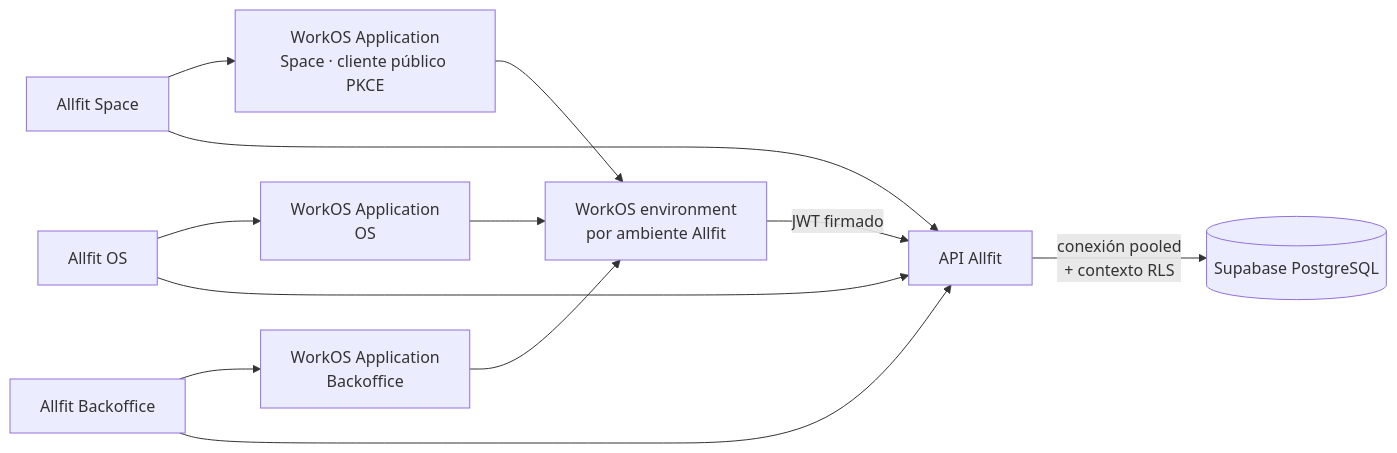
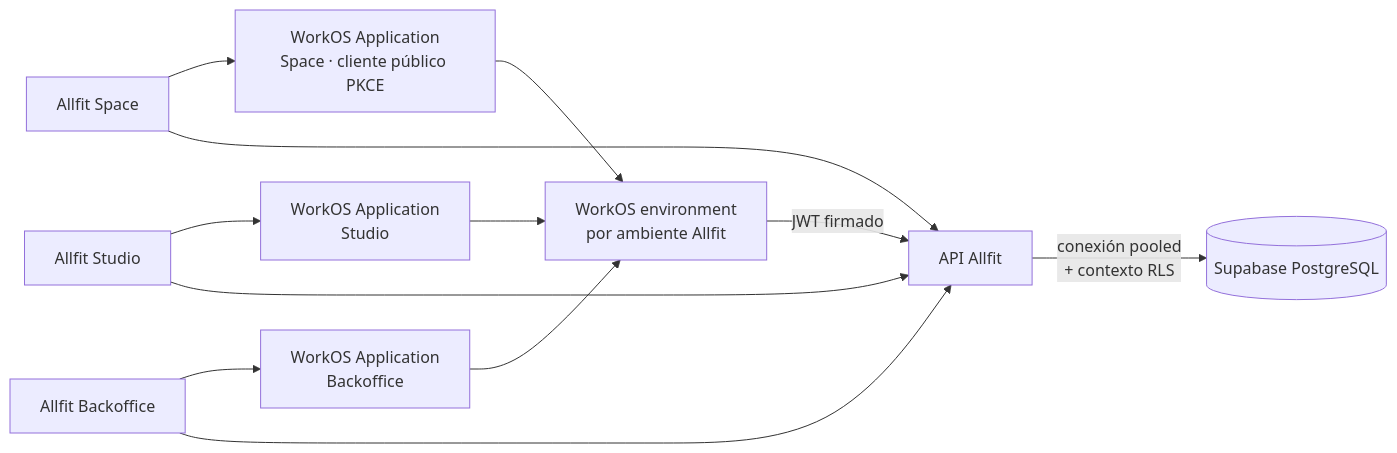
Before and after one commit to allfitone/allfitone-docs: the third of 4 diagrams in platform/database/refactor/02_ARCHITECTURE_DECISIONS/ALLFIT_ARCHITECTURE_DECISIONS.md, drawn with Mermaid. The commit also changed other lines of this file and 31 other files, not shown here.

Commit message:
docs: rename Allfit OS to Allfit Studio

````diff
--- a/platform/database/refactor/02_ARCHITECTURE_DECISIONS/ALLFIT_ARCHITECTURE_DECISIONS.md
+++ b/platform/database/refactor/02_ARCHITECTURE_DECISIONS/ALLFIT_ARCHITECTURE_DECISIONS.md
@@ -242,17 +242,17 @@
 ```mermaid
 flowchart LR
     space["Allfit Space"] --> spaceClient["WorkOS Application<br/>Space · cliente público PKCE"]
-    os["Allfit OS"] --> osClient["WorkOS Application<br/>OS"]
+    studio["Allfit Studio"] --> studioClient["WorkOS Application<br/>Studio"]
     backoffice["Allfit Backoffice"] --> backofficeClient["WorkOS Application<br/>Backoffice"]
 
     spaceClient --> pool["WorkOS environment<br/>por ambiente Allfit"]
-    osClient --> pool
+    studioClient --> pool
     backofficeClient --> pool
 
     space --> api["API Allfit"]
-    os --> api
+    studio --> api
     backoffice --> api
     pool -->|"JWT firmado"| api
 
     api -->|"conexión pooled<br/>+ contexto RLS"| db[("Supabase PostgreSQL")]
 ```
````
